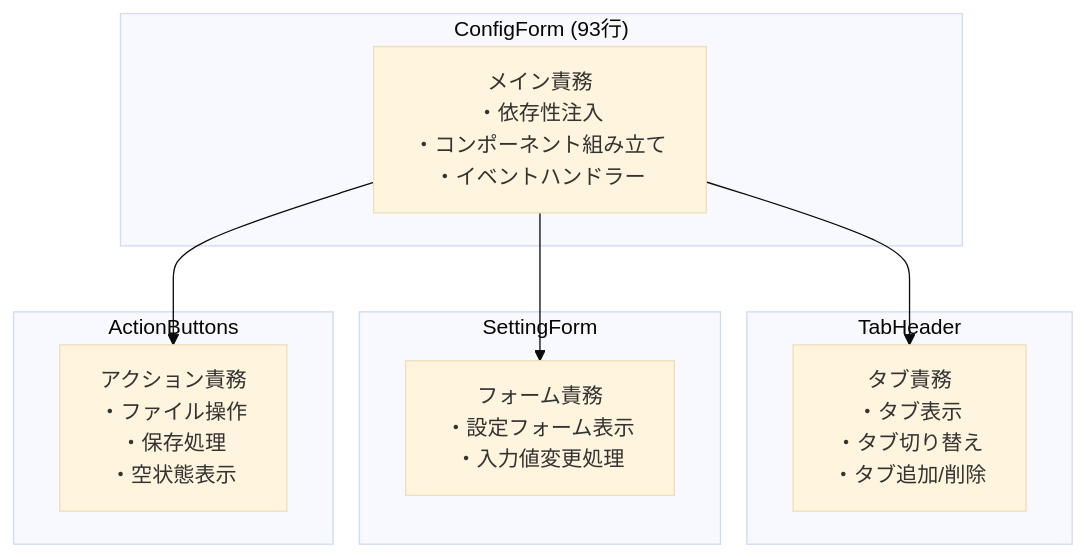
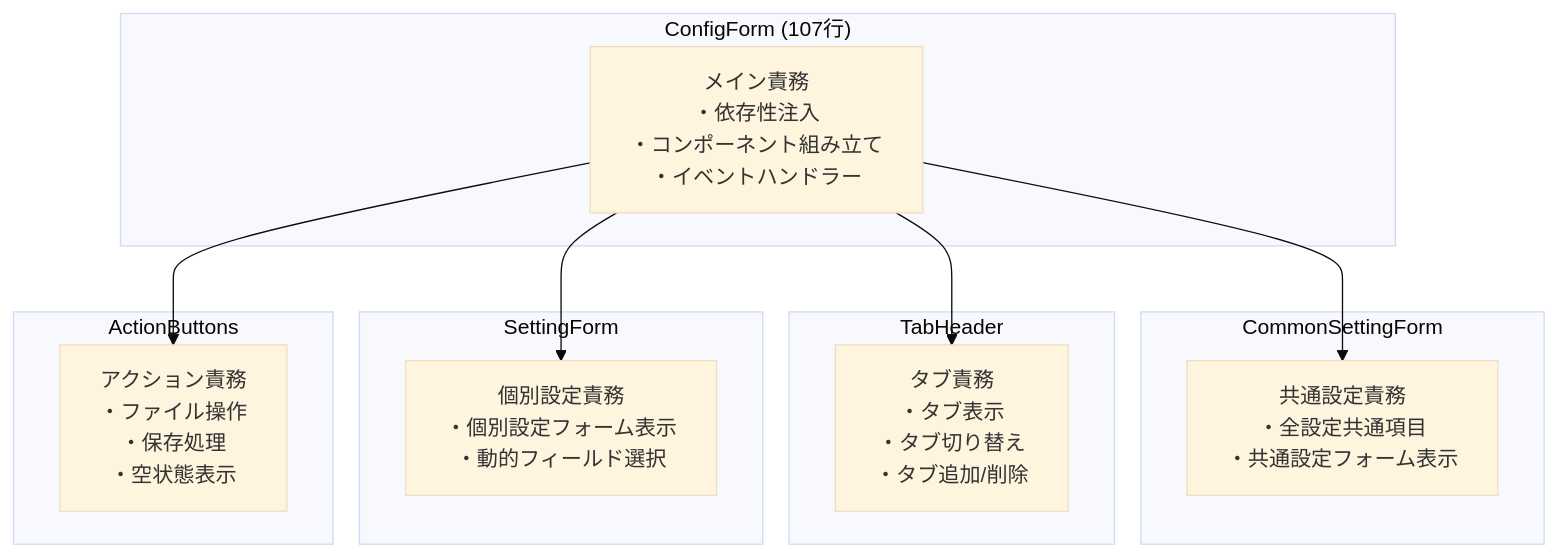
One commit to okayus/kintone-plugin-template changed the fifth of 10 diagrams in docs/configform-detailed-explanation.md. Above: the diagram before and after it, drawn with Mermaid (base theme). The commit also changed other lines of this file and 1 other file, not shown here.

````diff
--- a/docs/configform-detailed-explanation.md
+++ b/docs/configform-detailed-explanation.md
@@ -335,22 +403,27 @@
 ```mermaid
 graph TB
-    subgraph "ConfigForm (93行)"
+    subgraph "ConfigForm (107行)"
         Main["メイン責務<br/>・依存性注入<br/>・コンポーネント組み立て<br/>・イベントハンドラー"]
+    end
+    
+    subgraph "CommonSettingForm"
+        CommonResp["共通設定責務<br/>・全設定共通項目<br/>・共通設定フォーム表示"]
     end
     
     subgraph "TabHeader"
         TabResp["タブ責務<br/>・タブ表示<br/>・タブ切り替え<br/>・タブ追加/削除"]
     end
     
     subgraph "SettingForm"
-        FormResp["フォーム責務<br/>・設定フォーム表示<br/>・入力値変更処理"]
+        FormResp["個別設定責務<br/>・個別設定フォーム表示<br/>・動的フィールド選択"]
     end
     
     subgraph "ActionButtons"
         ActionResp["アクション責務<br/>・ファイル操作<br/>・保存処理<br/>・空状態表示"]
     end
     
+    Main --> CommonResp
     Main --> TabResp
     Main --> FormResp
     Main --> ActionResp
 ```
````
